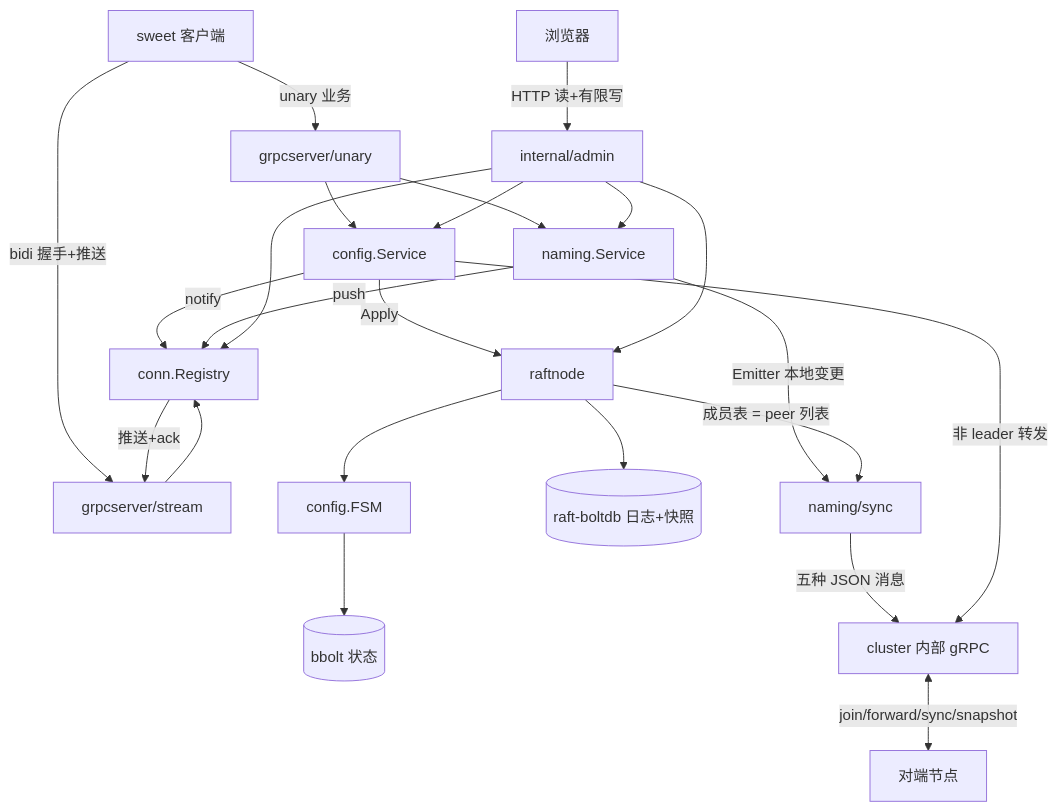
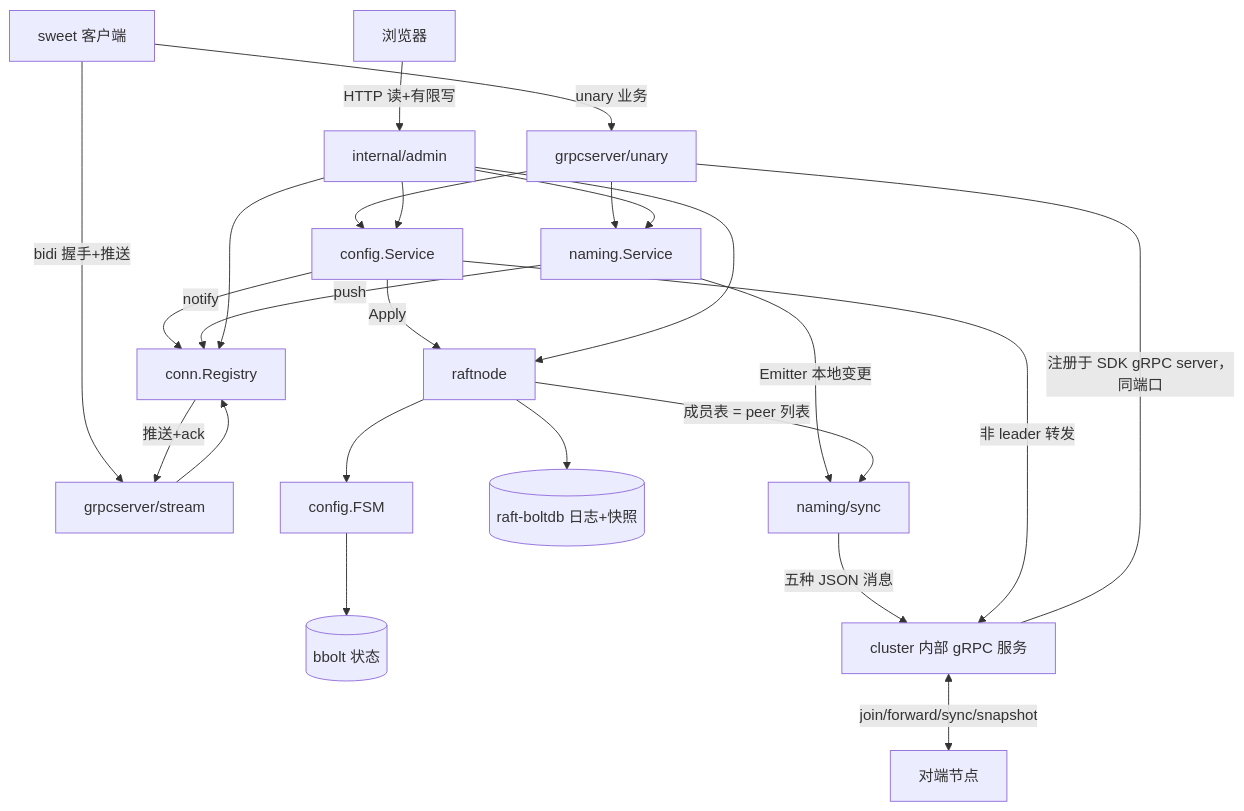
The diagram in doc/design.md (javahongxi/go-nacos), drawn with Mermaid before and after one commit. The commit also changed other lines of this file and 9 other files, not shown here.

First line of the commit message:
refactor: 端口对齐 Java Nacos，内部集群 RPC 并入 SDK gRPC 端口

````diff
--- a/doc/design.md
+++ b/doc/design.md
@@ -31,25 +31,26 @@
 ```mermaid
 graph TD
     C[sweet 客户端] -->|unary 业务| U[grpcserver/unary]
     C -->|bidi 握手+推送| S[grpcserver/stream]
     U --> CFG[config.Service]
     U --> NAM[naming.Service]
     S --> CONN[conn.Registry]
     CFG -->|Apply| RAFT[raftnode]
     RAFT --> FSM[config.FSM]
     FSM --> BB[(bbolt 状态)]
     RAFT --> LOG[(raft-boltdb 日志+快照)]
     CFG -->|notify| CONN
     NAM -->|push| CONN
     CONN -->|推送+ack| S
     NAM -->|Emitter 本地变更| NS[naming/sync]
-    NS -->|五种 JSON 消息| CL[cluster 内部 gRPC]
+    NS -->|五种 JSON 消息| CL[cluster 内部 gRPC 服务]
     CFG -->|非 leader 转发| CL
+    CL ---|注册于 SDK gRPC server，同端口| U
     CL <-->|join/forward/sync/snapshot| P[对端节点]
     RAFT -->|成员表 = peer 列表| NS
     B[浏览器] -->|HTTP 读+有限写| ADM[internal/admin]
     ADM --> CFG
     ADM --> NAM
     ADM --> CONN
     ADM --> RAFT
 ```
````
